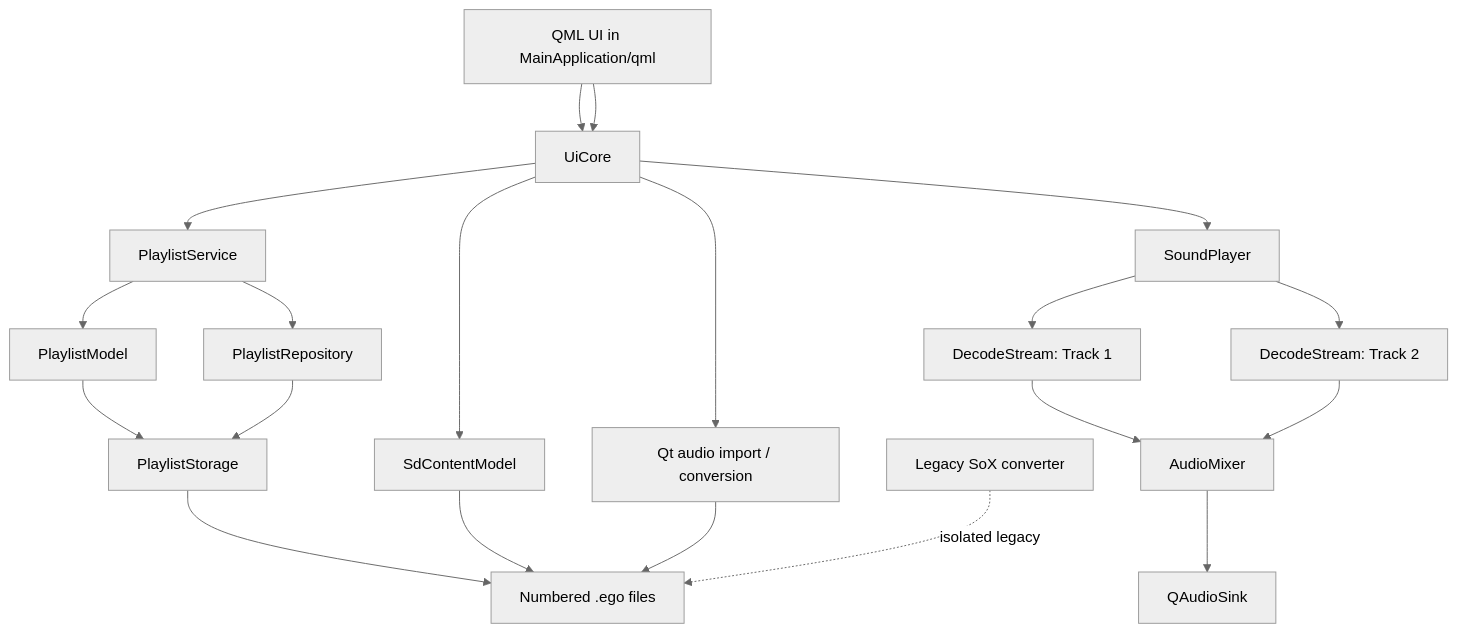
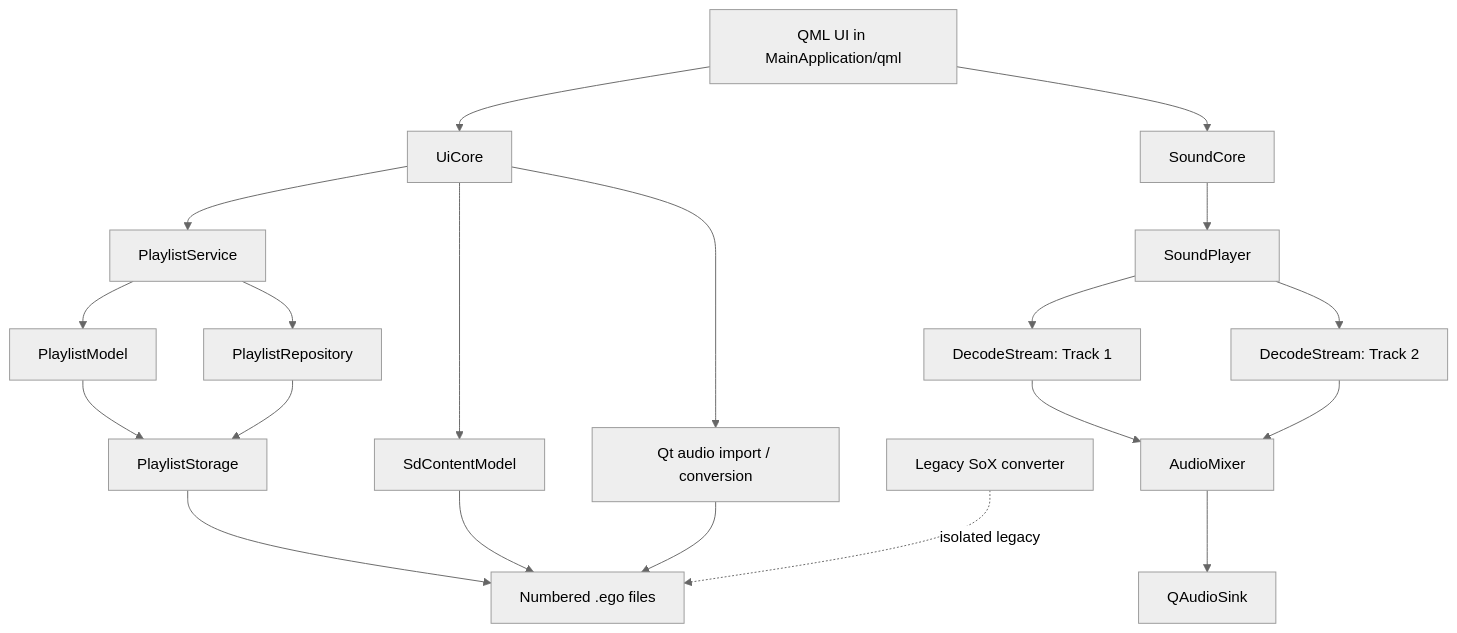
The diagram in docs/ARCHITECTURE.md (DIME-TILL-DEATH/EgoApp), drawn with Mermaid (neutral theme) before and after one commit. The commit also changed other lines of this file and 10 other files, not shown here.

````diff
--- a/docs/ARCHITECTURE.md
+++ b/docs/ARCHITECTURE.md
@@ -5,22 +5,22 @@
 ```mermaid
 flowchart TD
  QML[QML UI in MainApplication/qml] --> CORE[UiCore]
+ QML --> SOUNDCORE[SoundCore]
  CORE --> SERVICE[PlaylistService]
  CORE --> SD[SdContentModel]
  SERVICE --> PL[PlaylistModel]
  SERVICE --> REPO[PlaylistRepository]
  PL --> STORAGE[PlaylistStorage]
  REPO --> STORAGE
  STORAGE --> FS[Numbered .ego files]
  SD --> FS
  CORE --> IMP[Qt audio import / conversion]
  IMP --> FS
- QML --> CORE
- CORE --> PLAYER[SoundPlayer]
+ SOUNDCORE --> PLAYER[SoundPlayer]
  PLAYER --> DEC1[DecodeStream: Track 1]
  PLAYER --> DEC2[DecodeStream: Track 2]
  DEC1 --> MIX[AudioMixer]
  DEC2 --> MIX
  MIX --> OUT[QAudioSink]
  LEGACY[Legacy SoX converter] -. isolated legacy .-> FS
 ```
````
